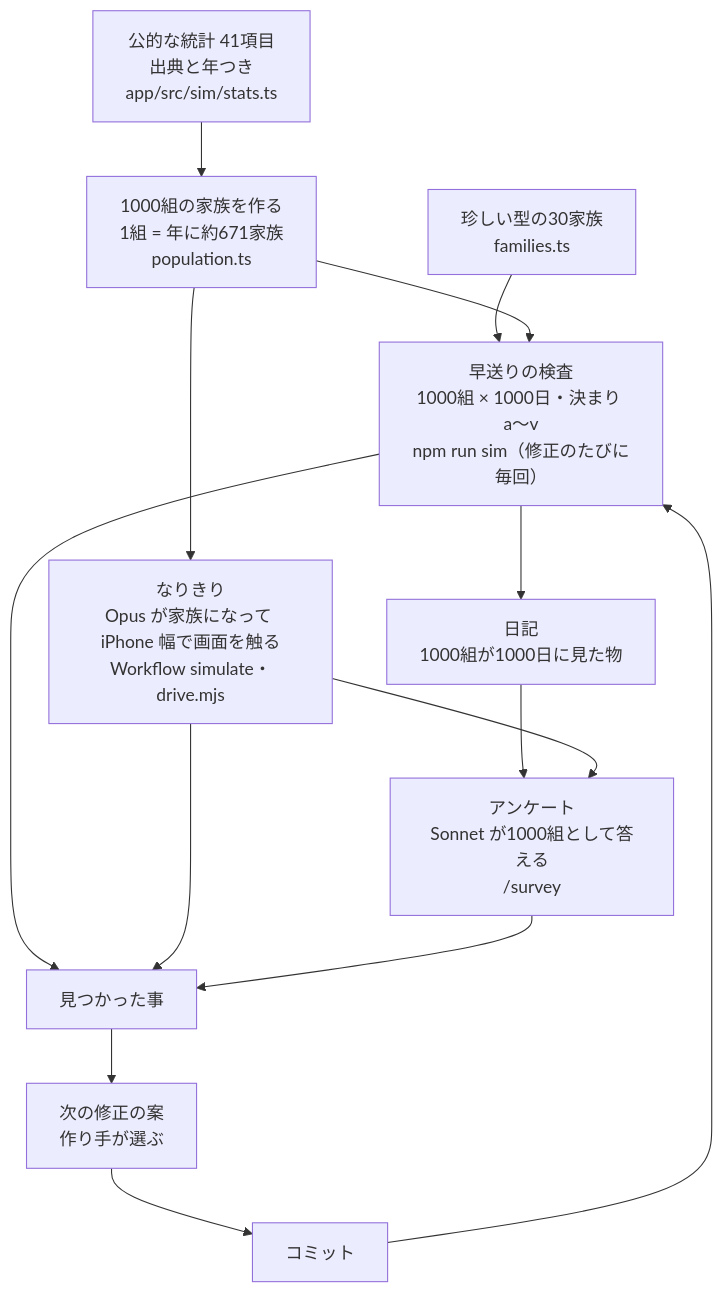
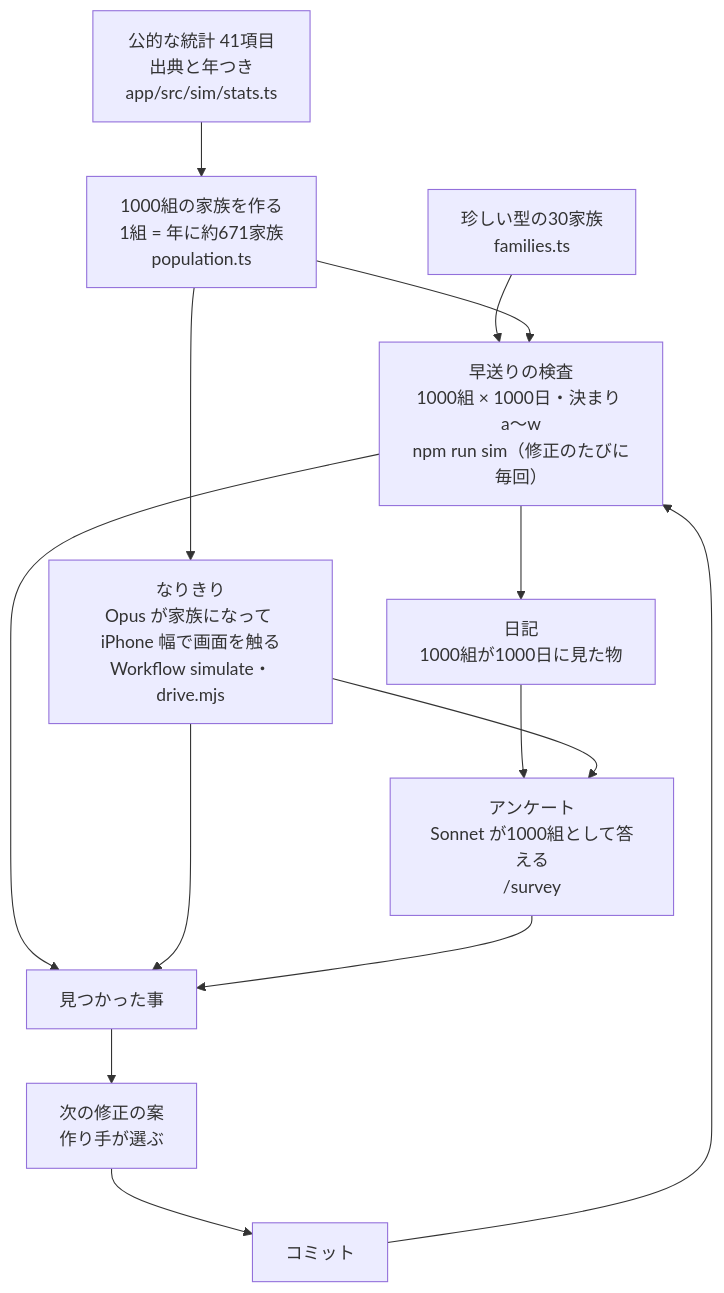
Before and after one commit to Kamicham/boshi-techo: the second of 2 diagrams in docs/BUILT_WITH_CLAUDE_CODE.md, drawn with Mermaid. The commit also changed other lines of this file and 1 other file, not shown here.

Commit message:
結果の文書と Claude Code の文書の早送りの決まりを、23（a〜w）にそろえる
11/6 17:41 に、役所の休みの決まり w（届けの期限と目安の日が、土日・祝日・年末年始に当たる時は開庁日へ）が早送りの検査に足され、決まりは a〜w の23になった。文書は a〜v の22のままだった。

- docs/SIMULATION_RESULTS.md: 英語の頭の1行・見出し・30家族の行を a〜w の23にした。決まり w の行を足し、見直し①⑦で文が変わった j・q・r の行を今の出力に合わせた。写した出力を 2026-11-06 の npm run sim にした（ほかの数と、表せない状況18の表は前と同じ）。決まり w で日を動かした数（1000組のうち971家族・3130件）を足した
- docs/BUILT_WITH_CLAUDE_CODE.md: 図と本文の「決まり a〜v の22」を a〜w の23にした
- README の2か所は UX へ、提出の文の正本（docs/SUBMISSION.md）と動画の「22」はデモの会話へ返した

Claude-Session: https://claude.ai/code/session_01Aw1LKNNetaXY3StFTsvPKZ

````diff
--- a/docs/BUILT_WITH_CLAUDE_CODE.md
+++ b/docs/BUILT_WITH_CLAUDE_CODE.md
@@ -44,16 +44,16 @@
 ```mermaid
 flowchart TD
   S["公的な統計 41項目<br/>出典と年つき<br/>app/src/sim/stats.ts"] --> P["1000組の家族を作る<br/>1組 = 年に約671家族<br/>population.ts"]
   F["珍しい型の30家族<br/>families.ts"] --> FF
-  P --> FF["早送りの検査<br/>1000組 × 1000日・決まり a〜v<br/>npm run sim（修正のたびに毎回）"]
+  P --> FF["早送りの検査<br/>1000組 × 1000日・決まり a〜w<br/>npm run sim（修正のたびに毎回）"]
   P --> R["なりきり<br/>Opus が家族になって iPhone 幅で画面を触る<br/>Workflow simulate・drive.mjs"]
   FF --> D["日記<br/>1000組が1000日に見た物"]
   D --> Q["アンケート<br/>Sonnet が1000組として答える<br/>/survey"]
   R --> Q
   FF --> K["見つかった事"]
   R --> K
   Q --> K
   K --> Plan["次の修正の案<br/>作り手が選ぶ"]
   Plan --> C["コミット"]
   C --> FF
 ```
````
